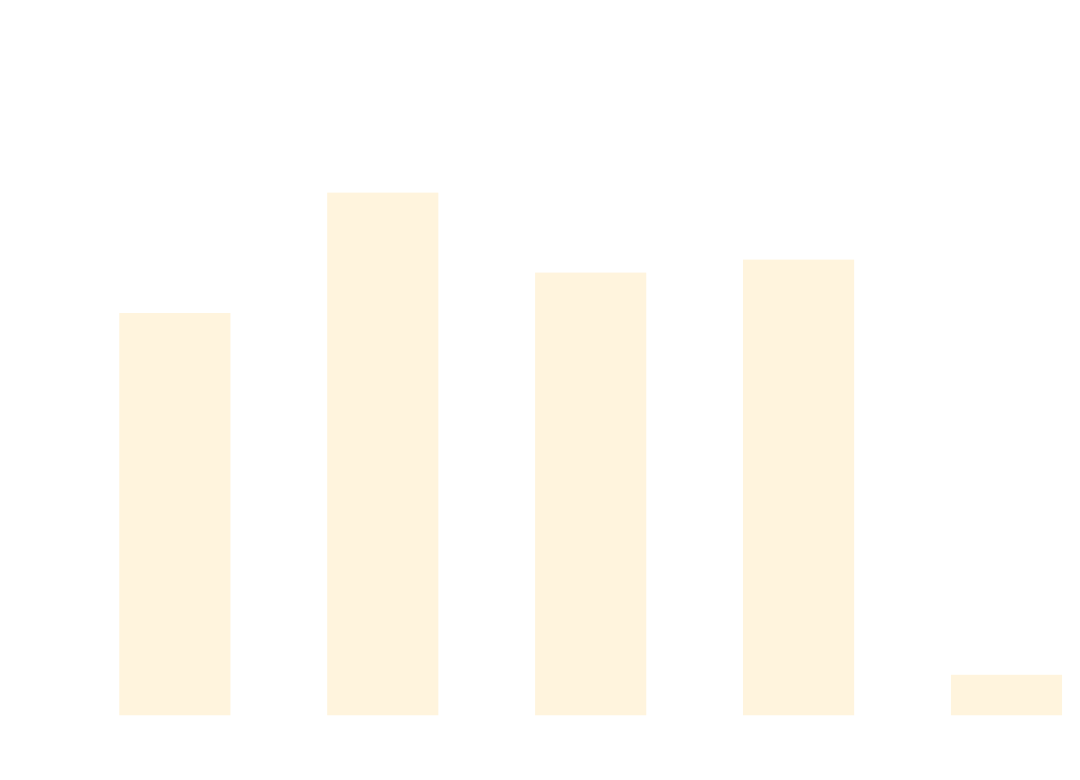
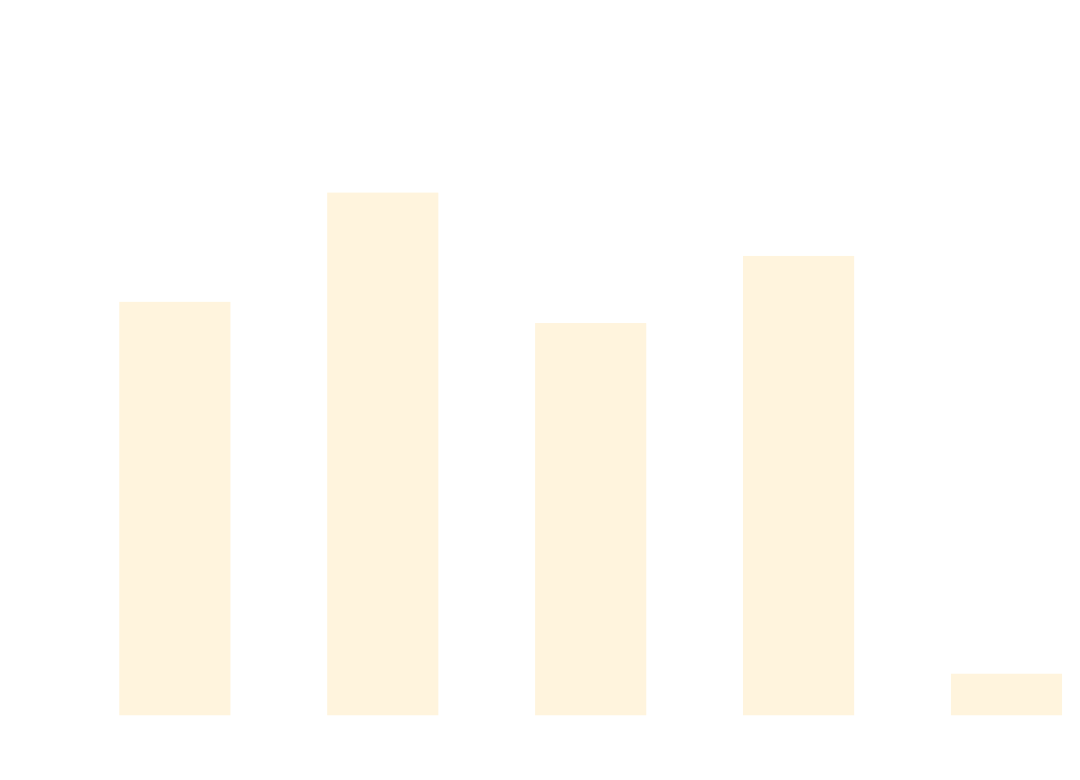
Before and after one commit to thomhurst/TUnit: the diagram in docs/docs/benchmarks/ScaleTests.md, drawn with Mermaid. The commit also changed other lines of this file and 17 other files, not shown here.

````diff
--- a/docs/docs/benchmarks/ScaleTests.md
+++ b/docs/docs/benchmarks/ScaleTests.md
@@ -27,37 +27,37 @@
 ```mermaid
 %%{init: {
   'theme':'base',
   'themeVariables': {
     'primaryColor': '#2563eb',
     'primaryTextColor': '#ffffff',
     'primaryBorderColor': '#1e40af',
     'lineColor': '#6b7280',
     'secondaryColor': '#7c3aed',
     'tertiaryColor': '#dc2626',
     'background': '#ffffff',
     'mainBkg': '#2563eb',
     'secondBkg': '#7c3aed',
     'tertiaryBkg': '#dc2626',
     'clusterBkg': '#f3f4f6',
     'edgeLabelBackground': '#ffffff',
     'tertiaryTextColor': '#1f2937',
     'pie1': '#2563eb',
     'pie2': '#7c3aed',
     'pie3': '#dc2626',
     'pie4': '#f59e0b',
     'pie5': '#10b981',
     'pie6': '#06b6d4',
     'pie7': '#ec4899',
     'pie8': '#6366f1',
     'pie9': '#84cc16',
     'pie10': '#f97316',
     'pie11': '#14b8a6',
     'pie12': '#a855f7'
   }
 }}%%
 xychart-beta
   title "ScaleTests Performance Comparison"
   x-axis ["TUnit", "NUnit", "MSTest", "xUnit3", "TUnit_AOT"]
-  y-axis "Time (ms)" 0 --> 831
-  bar [528.92, 692, 583.69, 601.26, 38.89]
+  y-axis "Time (ms)" 0 --> 823
+  bar [538.81, 685.37, 510.36, 600.39, 39.92]
 ```
````
